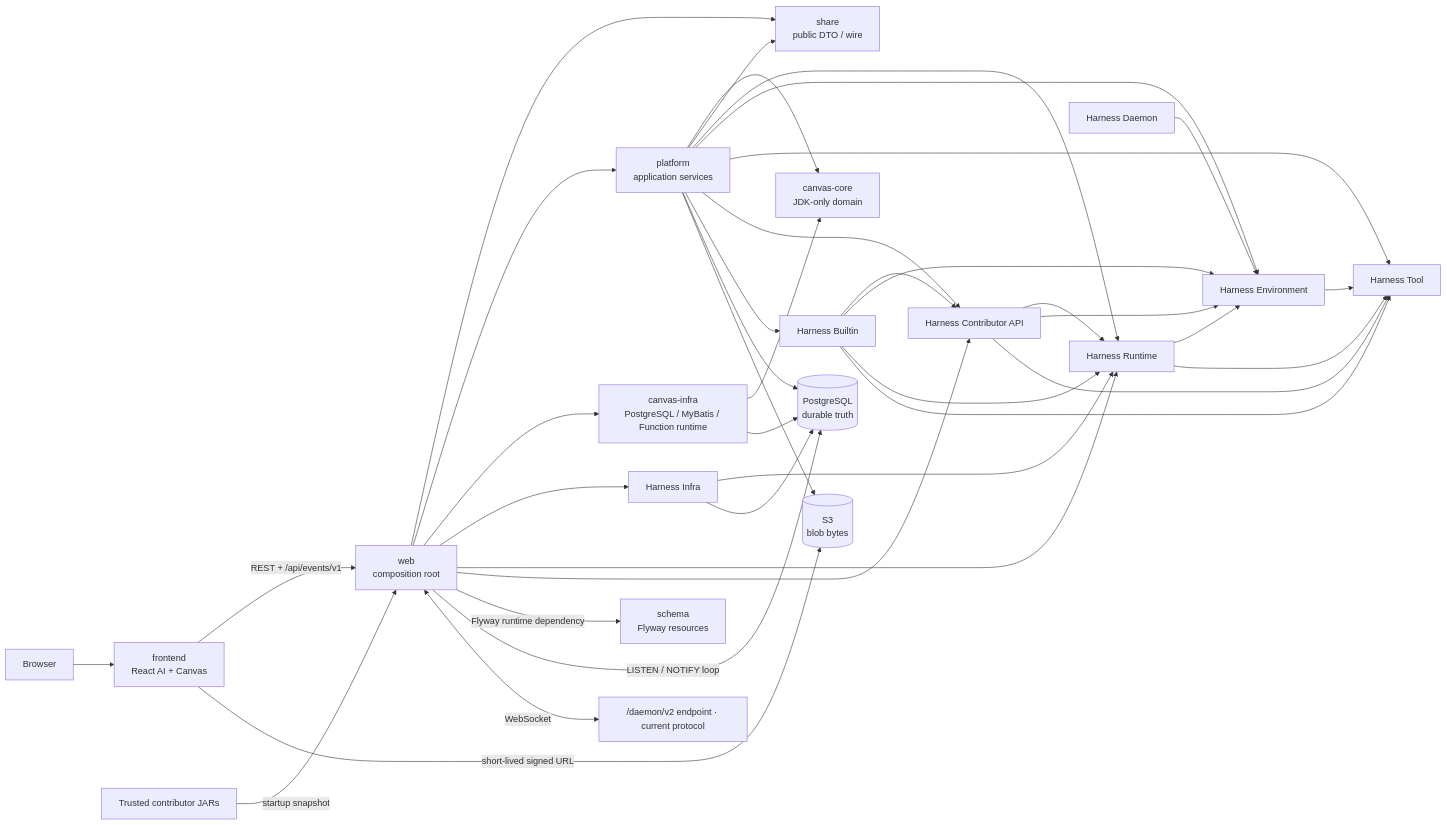
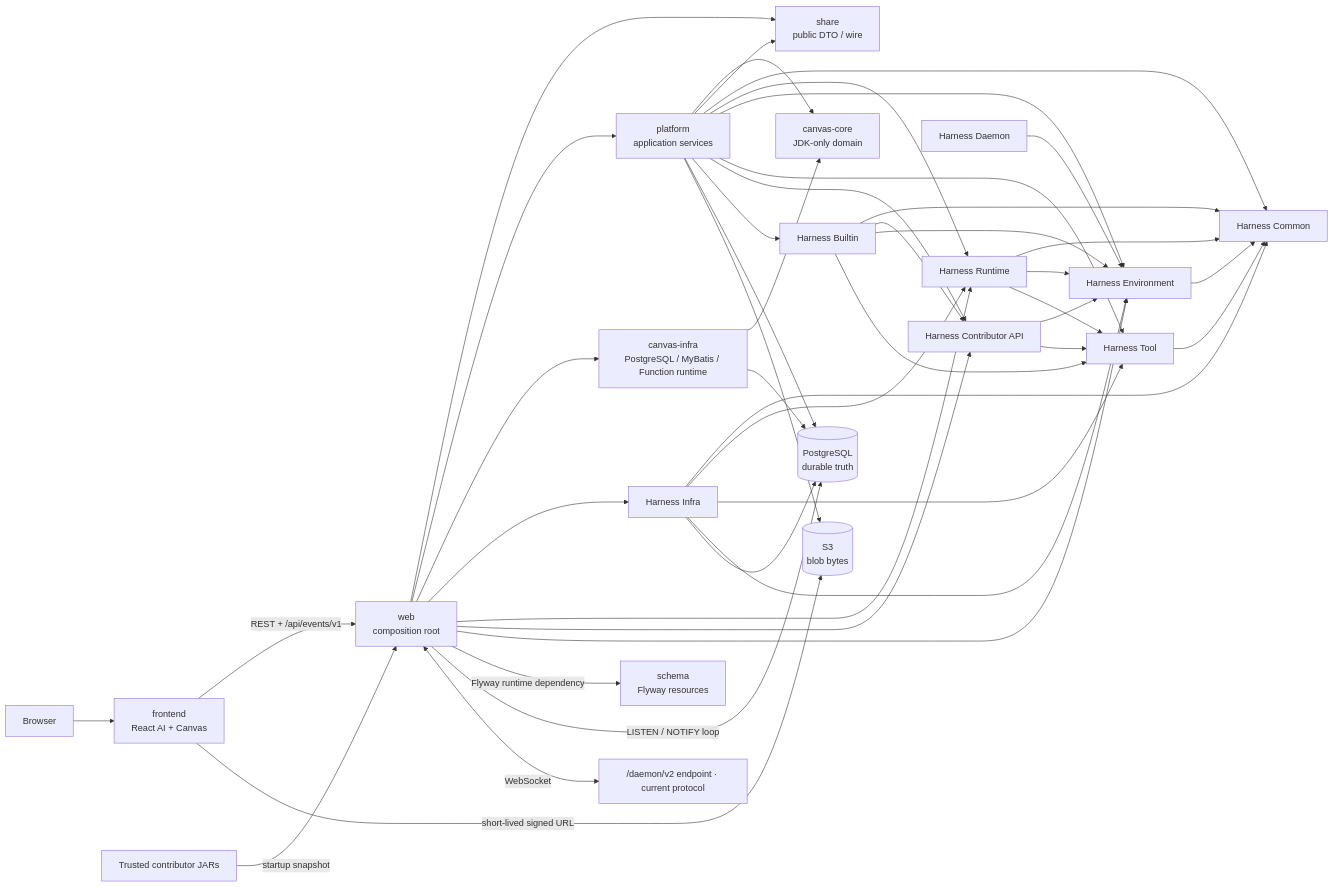
The diagram in docs/system-design.md (fengwk/kk-studio), drawn with Mermaid before and after one commit. The commit also changed other lines of this file and 12 other files, not shown here.

Commit message:
docs(harness): converge architecture documentation to harness-common

````diff
--- a/docs/system-design.md
+++ b/docs/system-design.md
@@ -23,60 +23,67 @@
 ```mermaid
 flowchart LR
     Browser[Browser]
     Frontend[frontend<br/>React AI + Canvas]
     Web[web<br/>composition root]
     Share[share<br/>public DTO / wire]
     Platform[platform<br/>application services]
     Schema[schema<br/>Flyway resources]
     CanvasCore[canvas-core<br/>JDK-only domain]
     CanvasInfra[canvas-infra<br/>PostgreSQL / MyBatis / Function runtime]
+    HarnessCommon[Harness Common]
     HarnessTool[Harness Tool]
     HarnessEnvironment[Harness Environment]
     HarnessRuntime[Harness Runtime]
     HarnessContributorApi[Harness Contributor API]
     HarnessInfra[Harness Infra]
     HarnessDaemon[Harness Daemon]
     HarnessBuiltin[Harness Builtin]
     PG[(PostgreSQL<br/>durable truth)]
     S3[(S3<br/>blob bytes)]
     Env["/daemon/v2 endpoint · current protocol"]
     Trusted[Trusted contributor JARs]
 
     Browser --> Frontend
     Frontend -->|REST + /api/events/v1| Web
     Web --> Share
     Web --> Platform
     Web --> CanvasInfra
     Web --> HarnessInfra
     Web --> HarnessRuntime
     Web --> HarnessContributorApi
+    Web --> HarnessEnvironment
     CanvasInfra --> CanvasCore
+    HarnessInfra --> HarnessCommon
     HarnessInfra --> HarnessRuntime
-    HarnessEnvironment --> HarnessTool
+    HarnessInfra --> HarnessTool
+    HarnessInfra --> HarnessEnvironment
+    HarnessTool --> HarnessCommon
+    HarnessEnvironment --> HarnessCommon
+    HarnessRuntime --> HarnessCommon
     HarnessRuntime --> HarnessEnvironment
     HarnessRuntime --> HarnessTool
-    HarnessContributorApi --> HarnessRuntime
     HarnessContributorApi --> HarnessEnvironment
     HarnessContributorApi --> HarnessTool
+    HarnessBuiltin --> HarnessCommon
     HarnessBuiltin --> HarnessContributorApi
     HarnessBuiltin --> HarnessEnvironment
-    HarnessBuiltin --> HarnessRuntime
     HarnessBuiltin --> HarnessTool
     HarnessDaemon --> HarnessEnvironment
     Platform --> CanvasCore
     Platform --> Share
+    Platform --> HarnessCommon
     Platform --> HarnessRuntime
     Platform --> HarnessEnvironment
     Platform --> HarnessTool
     Platform --> HarnessContributorApi
     Platform --> HarnessBuiltin
     Web -->|Flyway runtime dependency| Schema
     Web -->|LISTEN / NOTIFY loop| PG
     Platform --> PG
     Platform --> S3
     CanvasInfra --> PG
     HarnessInfra --> PG
     Frontend -->|short-lived signed URL| S3
     Web <-->|WebSocket| Env
     Trusted -->|startup snapshot| Web
 ```
````
